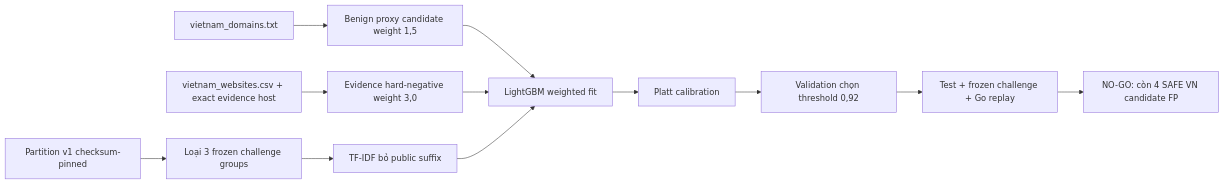
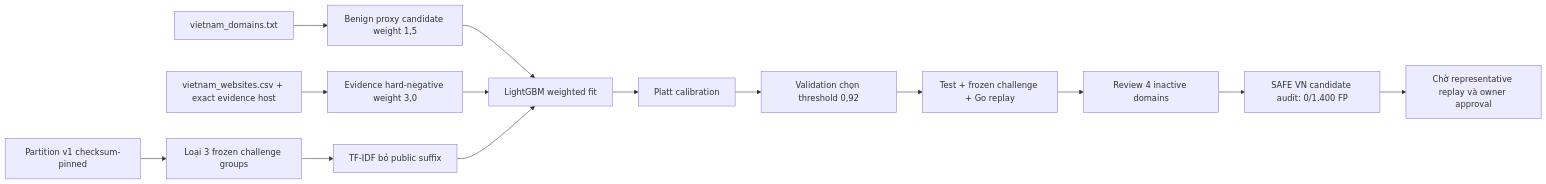
Before and after one commit to vmcchooky/safe-zone: the diagram in docs/research/ml/suffix-debiased-hard-negative-candidate.md, drawn with Mermaid. The commit also changed other lines of this file and 15 other files, not shown here.

Commit message:
ml(audit): separate inactive domains from benign FPR

````diff
--- a/docs/research/ml/suffix-debiased-hard-negative-candidate.md
+++ b/docs/research/ml/suffix-debiased-hard-negative-candidate.md
@@ -12,14 +12,16 @@
 ```mermaid
 flowchart LR
     A[Partition v1 checksum-pinned] --> B[Loại 3 frozen challenge groups]
     C[vietnam_domains.txt] --> D[Benign proxy candidate weight 1,5]
     E[vietnam_websites.csv + exact evidence host] --> F[Evidence hard-negative weight 3,0]
     B --> G[TF-IDF bỏ public suffix]
     D --> H[LightGBM weighted fit]
     F --> H
     G --> H
     H --> I[Platt calibration]
     I --> J[Validation chọn threshold 0,92]
     J --> K[Test + frozen challenge + Go replay]
-    K --> L[NO-GO: còn 4 SAFE VN candidate FP]
+    K --> L[Review 4 inactive domains]
+    L --> M[SAFE VN candidate audit: 0/1.400 FP]
+    M --> N[Chờ representative replay và owner approval]
 ```
````
